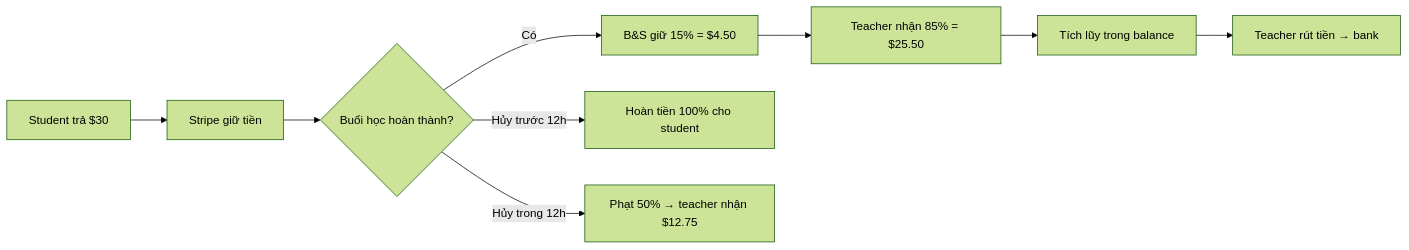
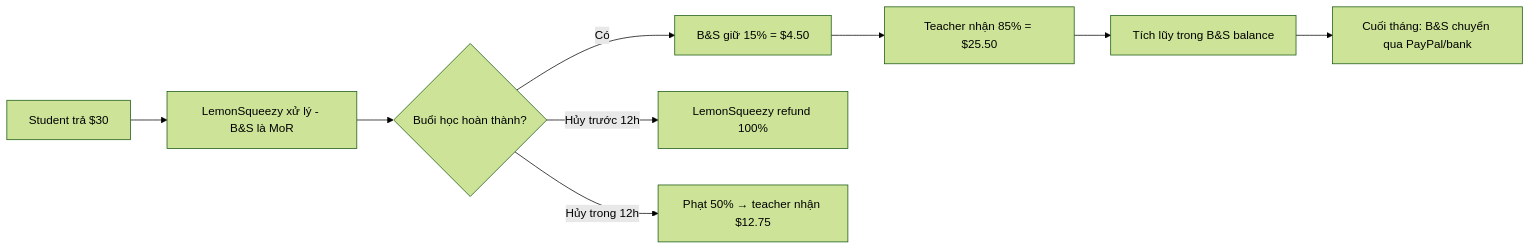
Before and after one commit to trungtrungkang/backing-score: the fourth of 4 diagrams in docs/main/marketplace_design.md, drawn with Mermaid (forest theme). The commit also changed other lines of this file and 2 other files, not shown here.

First line of the commit message:
docs: replace Stripe Connect with LemonSqueezy payment architecture

````diff
--- a/docs/main/marketplace_design.md
+++ b/docs/main/marketplace_design.md
@@ -232,11 +232,11 @@
 ```mermaid
 flowchart LR
-    A[Student trả $30] --> B[Stripe giữ tiền]
+    A[Student trả $30] --> B[LemonSqueezy xử lý - B&S là MoR]
     B --> C{Buổi học hoàn thành?}
     C -->|Có| D[B&S giữ 15% = $4.50]
     D --> E[Teacher nhận 85% = $25.50]
-    E --> F[Tích lũy trong balance]
-    F --> G[Teacher rút tiền → bank]
-    C -->|Hủy trước 12h| H[Hoàn tiền 100% cho student]
+    E --> F[Tích lũy trong B&S balance]
+    F --> G[Cuối tháng: B&S chuyển qua PayPal/bank]
+    C -->|Hủy trước 12h| H[LemonSqueezy refund 100%]
     C -->|Hủy trong 12h| I[Phạt 50% → teacher nhận $12.75]
 ```
````
